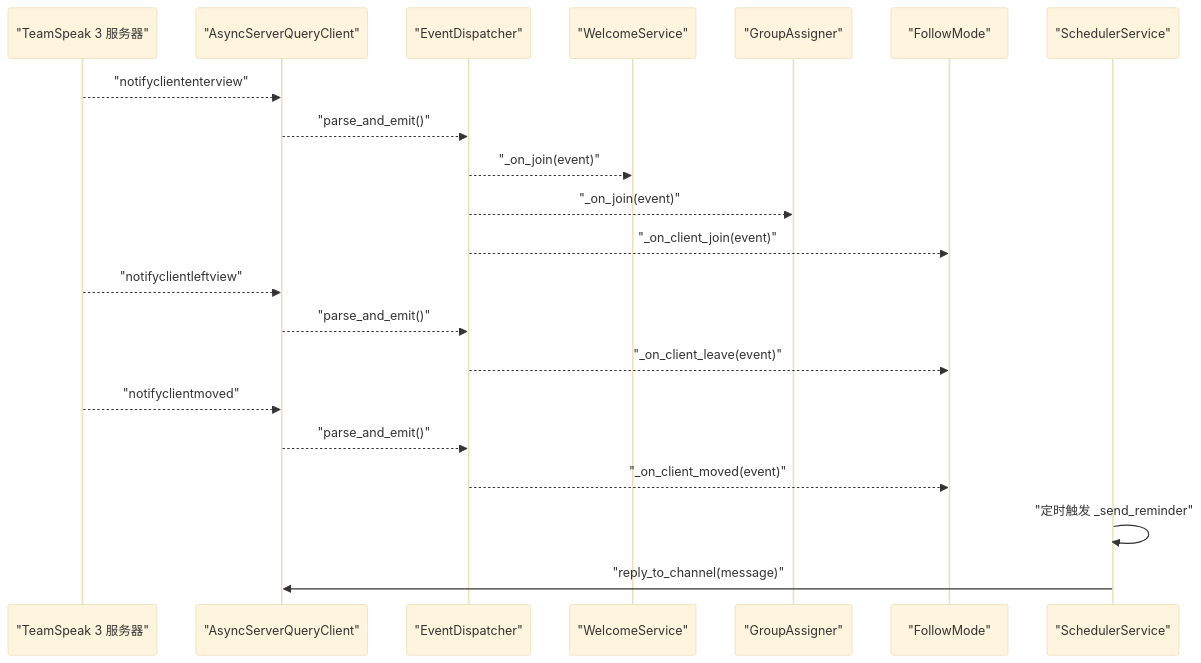
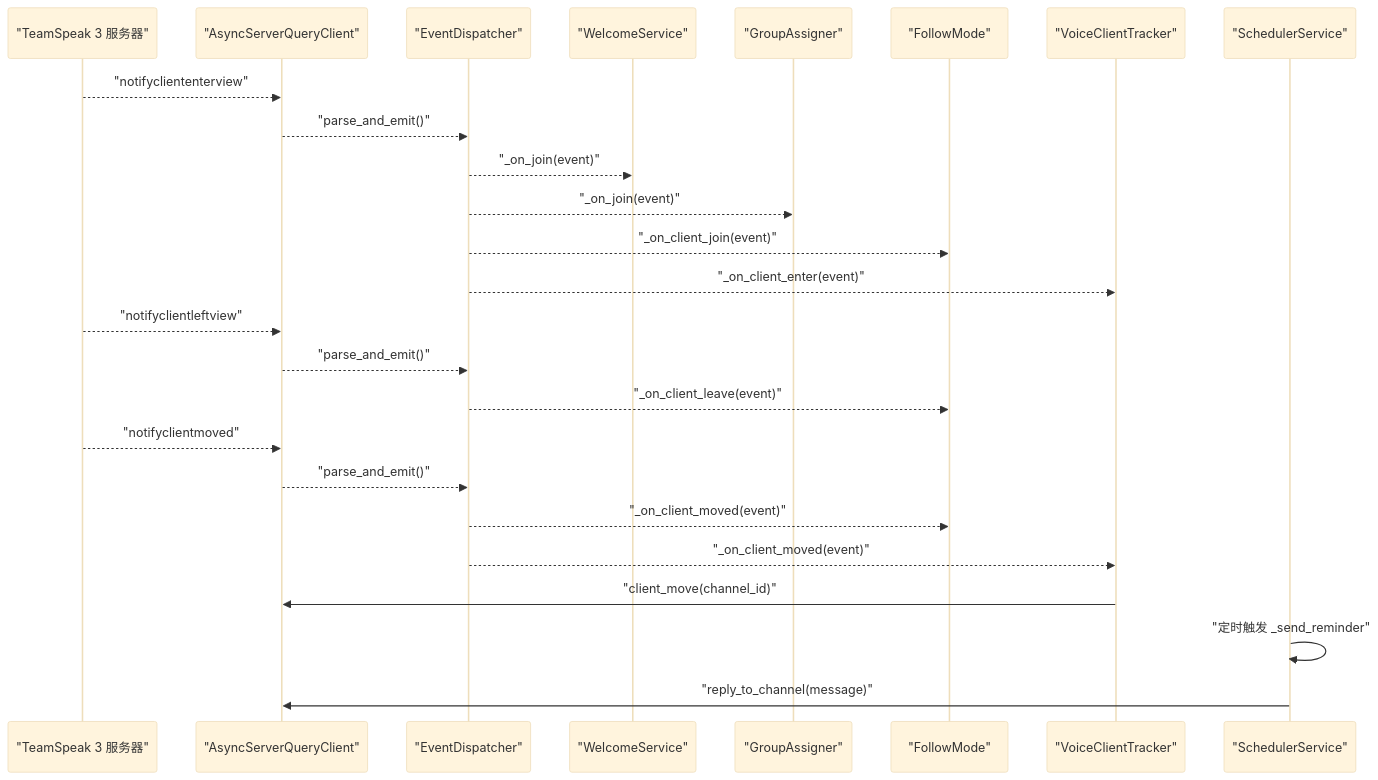
Before and after one commit to GhoulOwl/Teamspeak3_Bot: the second of 10 diagrams in .qoder/repowiki/zh/content/用户自动化服务/用户自动化服务.md, drawn with Mermaid (base theme). The commit also changed other lines of this file and 13 other files, not shown here.

````diff
--- a/.qoder/repowiki/zh/content/用户自动化服务/用户自动化服务.md
+++ b/.qoder/repowiki/zh/content/用户自动化服务/用户自动化服务.md
@@ -131,23 +151,27 @@
 ```mermaid
 sequenceDiagram
 participant TS3 as "TeamSpeak 3 服务器"
 participant SQ as "AsyncServerQueryClient"
 participant ED as "EventDispatcher"
 participant WS as "WelcomeService"
 participant GS as "GroupAssigner"
 participant FM as "FollowMode"
+participant VCT as "VoiceClientTracker"
 participant SCH as "SchedulerService"
 TS3-->>SQ : "notifycliententerview"
 SQ-->>ED : "parse_and_emit()"
 ED-->>WS : "_on_join(event)"
 ED-->>GS : "_on_join(event)"
 ED-->>FM : "_on_client_join(event)"
+ED-->>VCT : "_on_client_enter(event)"
 TS3-->>SQ : "notifyclientleftview"
 SQ-->>ED : "parse_and_emit()"
 ED-->>FM : "_on_client_leave(event)"
 TS3-->>SQ : "notifyclientmoved"
 SQ-->>ED : "parse_and_emit()"
 ED-->>FM : "_on_client_moved(event)"
+ED-->>VCT : "_on_client_moved(event)"
+VCT->>SQ : "client_move(channel_id)"
 SCH->>SCH : "定时触发 _send_reminder"
 SCH->>SQ : "reply_to_channel(message)"
 ```
````
